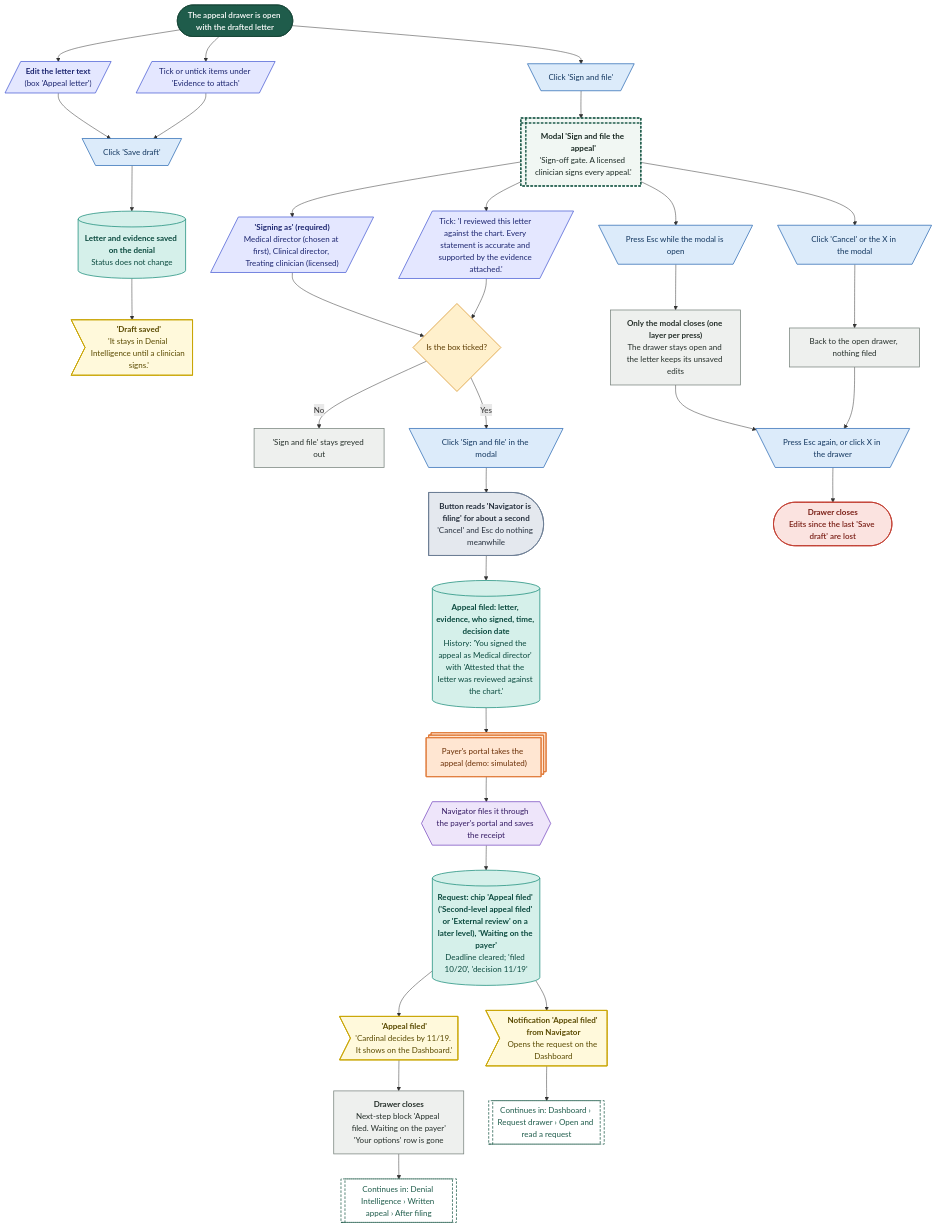
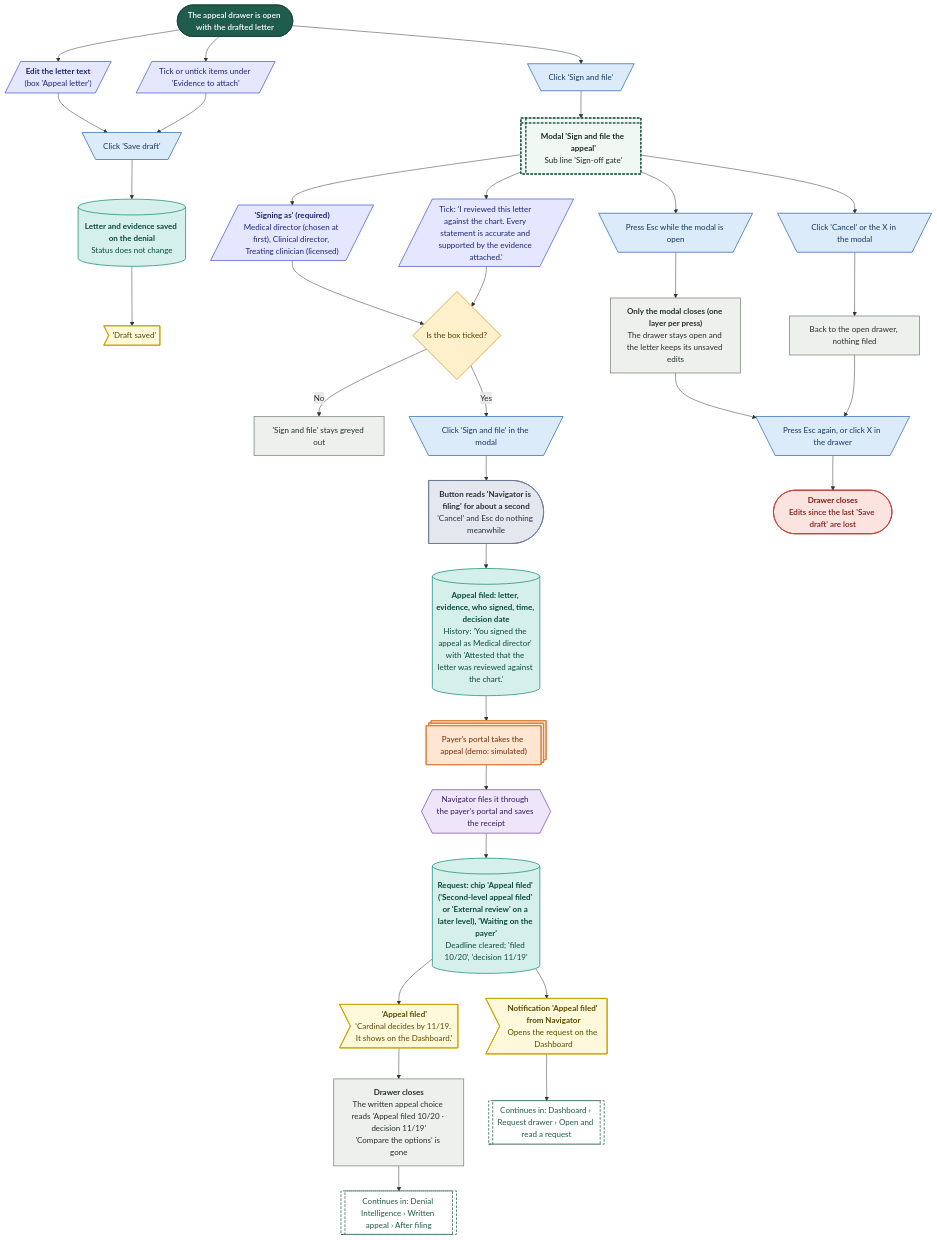
Diagram 19 of 28 in demos/prior-auth-demo/workflows/out/md/06-denials.md (Shrav143/psyfloapp), drawn with Mermaid before and after one commit. The commit also changed other lines of this file and 202 other files, not shown here.

First line of the commit message:
docs: round 6 README, CONVENTIONS, spec section 17, diagram module blurbs and 336 rebuilt diagrams

````diff
--- a/demos/prior-auth-demo/workflows/out/md/06-denials.md
+++ b/demos/prior-auth-demo/workflows/out/md/06-denials.md
@@ -1501,76 +1377,76 @@
 ```mermaid
 %%{init: {"theme":"base","themeVariables":{"fontFamily":"'DM Sans', 'Segoe UI', system-ui, sans-serif","fontSize":"15px","lineColor":"#5B6B63","primaryTextColor":"#1C2B25","clusterBkg":"#FBF8F3","clusterBorder":"#D9CDBB","edgeLabelBackground":"#FFFFFF"},"flowchart":{"curve":"basis","nodeSpacing":36,"rankSpacing":48,"padding":12,"htmlLabels":true,"useMaxWidth":false,"wrappingWidth":230}} }%%
 flowchart TD
   classDef k_start fill:#1F5C4B,stroke:#174638,color:#FFFFFF,stroke-width:1.5px,font-weight:600
   classDef k_end fill:#DDEFE3,stroke:#2E7D4F,color:#14502F,stroke-width:1.5px,font-weight:600
   classDef k_endx fill:#FBE3E0,stroke:#C0392B,color:#7A1F16,stroke-width:1.5px,font-weight:600
   classDef k_screen fill:#FFFDF8,stroke:#1F5C4B,color:#1C2B25,stroke-width:2px
   classDef k_overlay fill:#F1F7F3,stroke:#1F5C4B,color:#1C2B25,stroke-width:2px,stroke-dasharray:5 3
   classDef k_click fill:#DCEBFA,stroke:#2F6DB5,color:#12365F,stroke-width:1.5px
   classDef k_input fill:#E4E7FF,stroke:#4C5FD5,color:#1D2670,stroke-width:1.5px
   classDef k_process fill:#EEF0EE,stroke:#7A857F,color:#26302B,stroke-width:1.5px
   classDef k_agent fill:#EEE5FA,stroke:#7A4FC2,color:#341A63,stroke-width:1.5px
   classDef k_decision fill:#FFF0CC,stroke:#D9962B,color:#5C3B00,stroke-width:1.5px
   classDef k_store fill:#D5F0EA,stroke:#1C8E7B,color:#0B4A3F,stroke-width:1.5px
   classDef k_doc fill:#F6E9DC,stroke:#B07A4C,color:#4A2E14,stroke-width:1.5px
   classDef k_ext fill:#FFE6D2,stroke:#E07B39,color:#6B2F06,stroke-width:1.5px
   classDef k_wait fill:#E4E8EE,stroke:#6B7C93,color:#26303D,stroke-width:1.5px
   classDef k_toast fill:#FFF9DB,stroke:#C9A400,color:#5A4A00,stroke-width:1.5px
   classDef k_goto fill:#FFFFFF,stroke:#1F5C4B,color:#1F5C4B,stroke-width:1.5px,stroke-dasharray:5 3
   s1@{ shape: stadium, label: "The appeal drawer is open with the drafted letter" }
   i1@{ shape: lean-r, label: "<b>Edit the letter text</b><br/>(box 'Appeal letter')" }
   i2@{ shape: lean-r, label: "Tick or untick items under 'Evidence to attach'" }
   c1@{ shape: trap-t, label: "Click 'Save draft'" }
   st1@{ shape: cyl, label: "<b>Letter and evidence saved on the denial</b><br/>Status does not change" }
-  t1@{ shape: odd, label: "<b>'Draft saved'</b><br/>'It stays in Denial Intelligence until a clinician signs.'" }
+  t1@{ shape: odd, label: "'Draft saved'" }
   c2@{ shape: trap-t, label: "Click 'Sign and file'" }
-  o1@{ shape: win-pane, label: "<b>Modal 'Sign and file the appeal'</b><br/>'Sign-off gate. A licensed clinician signs every appeal.'" }
+  o1@{ shape: win-pane, label: "<b>Modal 'Sign and file the appeal'</b><br/>Sub line 'Sign-off gate'" }
   i3@{ shape: lean-r, label: "<b>'Signing as' (required)</b><br/>Medical director (chosen at first), Clinical director, Treating clinician (licensed)" }
   i4@{ shape: lean-r, label: "Tick: 'I reviewed this letter against the chart. Every statement is accurate and supported by the evidence attached.'" }
   d1@{ shape: diam, label: "Is the box ticked?" }
   p1@{ shape: rect, label: "'Sign and file' stays greyed out" }
   c3@{ shape: trap-t, label: "Click 'Sign and file' in the modal" }
   w1@{ shape: delay, label: "<b>Button reads 'Navigator is filing' for about a second</b><br/>'Cancel' and Esc do nothing meanwhile" }
   st2@{ shape: cyl, label: "<b>Appeal filed: letter, evidence, who signed, time, decision date</b><br/>History: 'You signed the appeal as Medical director' with 'Attested that the letter was reviewed against the chart.'" }
   x1@{ shape: st-rect, label: "Payer's portal takes the appeal (demo: simulated)" }
   a1@{ shape: hex, label: "Navigator files it through the payer's portal and saves the receipt" }
   st3@{ shape: cyl, label: "<b>Request: chip 'Appeal filed' ('Second-level appeal filed' or 'External review' on a later level), 'Waiting on the payer'</b><br/>Deadline cleared; 'filed 10/20', 'decision 11/19'" }
   t2@{ shape: odd, label: "<b>'Appeal filed'</b><br/>'Cardinal decides by 11/19. It shows on the Dashboard.'" }
   t3@{ shape: odd, label: "<b>Notification 'Appeal filed' from Navigator</b><br/>Opens the request on the Dashboard" }
-  p2@{ shape: rect, label: "<b>Drawer closes</b><br/>Next-step block 'Appeal filed. Waiting on the payer'<br/>'Your options' row is gone" }
+  p2@{ shape: rect, label: "<b>Drawer closes</b><br/>The written appeal choice reads 'Appeal filed 10/20 · decision 11/19'<br/>'Compare the options' is gone" }
   c4@{ shape: trap-t, label: "Click 'Cancel' or the X in the modal" }
   p3@{ shape: rect, label: "Back to the open drawer, nothing filed" }
   c5@{ shape: trap-t, label: "Press Esc while the modal is open" }
   p4@{ shape: rect, label: "<b>Only the modal closes (one layer per press)</b><br/>The drawer stays open and the letter keeps its unsaved edits" }
   c6@{ shape: trap-t, label: "Press Esc again, or click X in the drawer" }
   e1@{ shape: stadium, label: "<b>Drawer closes</b><br/>Edits since the last 'Save draft' are lost" }
   g1@{ shape: subproc, label: "Continues in: Denial Intelligence › Written appeal › After filing" }
   g2@{ shape: subproc, label: "Continues in: Dashboard › Request drawer › Open and read a request" }
   s1 --> i1 --> c1
   s1 --> i2 --> c1
   c1 --> st1 --> t1
   s1 --> c2 --> o1
   o1 --> i3 --> d1
   o1 --> i4 --> d1
   d1 -->|"No"| p1
   d1 -->|"Yes"| c3 --> w1 --> st2
   st2 --> x1 --> a1 --> st3 --> t2 --> p2
   st3 --> t3 --> g2
   p2 --> g1
   o1 --> c4 --> p3
   o1 --> c5 --> p4 --> c6 --> e1
   p3 --> c6
   class s1 k_start
   class i1,i2,i3,i4 k_input
   class c1,c2,c3,c4,c5,c6 k_click
   class st1,st2,st3 k_store
   class t1,t2,t3 k_toast
   class o1 k_overlay
   class d1 k_decision
   class p1,p2,p3,p4 k_process
   class w1 k_wait
   class x1 k_ext
   class a1 k_agent
   class e1 k_endx
   class g1,g2 k_goto
 ```
````
